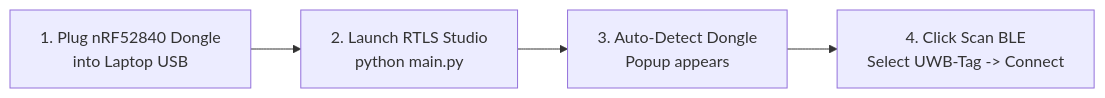
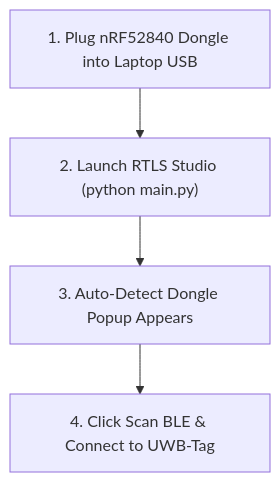
Before and after one commit to phuongmt08/uwb-rtls: the first of 2 diagrams in docs/software/rtls_studio_and_tools.md, drawn with Mermaid. The commit also changed other lines of this file and 7 other files, not shown here.

Commit message:
docs: remove github pages deployment config and adjust mermaid diagram layouts

````diff
--- a/docs/software/rtls_studio_and_tools.md
+++ b/docs/software/rtls_studio_and_tools.md
@@ -31,4 +31,6 @@
 ```mermaid
-flowchart LR
-    S1["1. Plug nRF52840 Dongle<br/>into Laptop USB"] --> S2["2. Launch RTLS Studio<br/>python main.py"] --> S3["3. Auto-Detect Dongle<br/>Popup appears"] --> S4["4. Click Scan BLE<br/>Select UWB-Tag -> Connect"]
+flowchart TD
+    S1["1. Plug nRF52840 Dongle into Laptop USB"] --> S2["2. Launch RTLS Studio (python main.py)"]
+    S2 --> S3["3. Auto-Detect Dongle Popup Appears"]
+    S3 --> S4["4. Click Scan BLE & Connect to UWB-Tag"]
 ```
````
